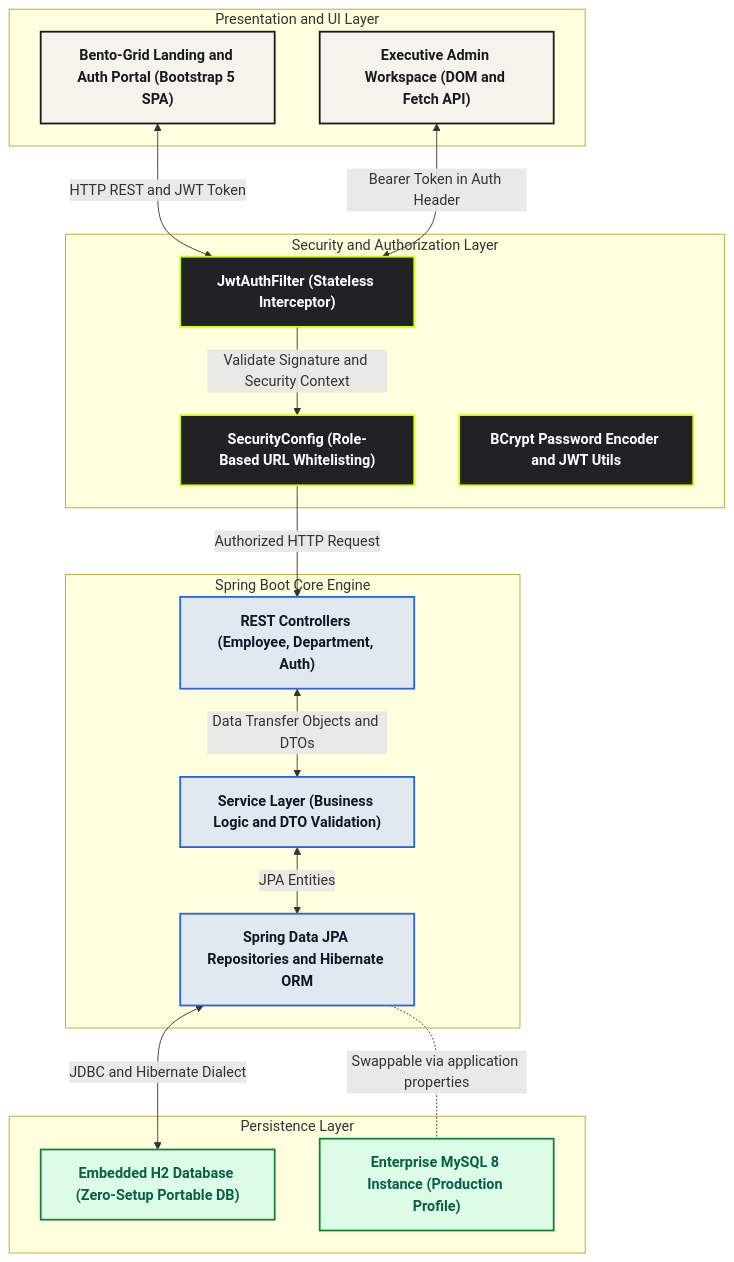
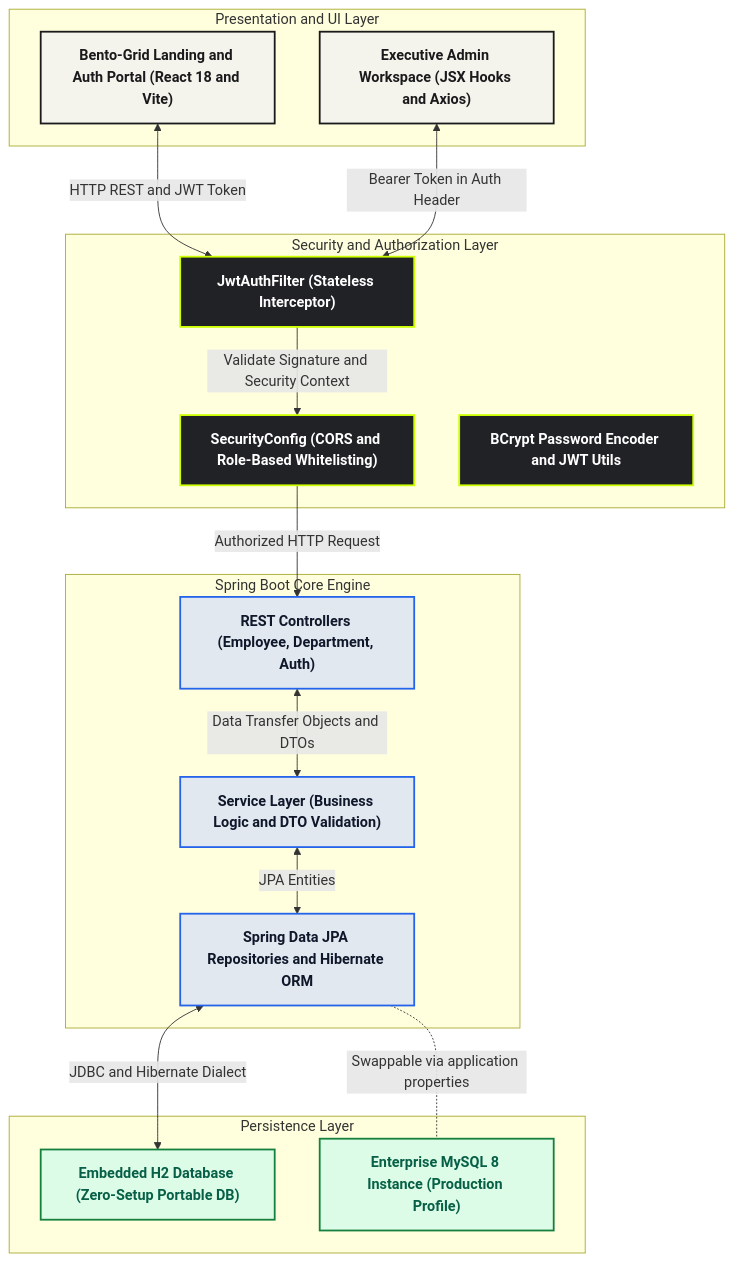
The diagram in README.md (mridulrajgaria/employee-management-system), drawn with Mermaid before and after one commit. The commit also changed other lines of this file and 32 other files, not shown here.

Commit message:
feat: migrate frontend to decoupled React 18 (Vite) modular component architecture with CORS & Spring Boot 3 integration

````diff
--- a/README.md
+++ b/README.md
@@ -35,40 +35,40 @@
 ```mermaid
 graph TD
   %% Style Definitions
   classDef frontend fill:#f4f3ec,stroke:#1a1a1c,stroke-width:2px,color:#1a1a1c,font-weight:bold;
   classDef security fill:#202226,stroke:#ccff00,stroke-width:2px,color:#ffffff,font-weight:bold;
   classDef backend fill:#e2e8f0,stroke:#2563eb,stroke-width:2px,color:#0f172a,font-weight:bold;
   classDef db fill:#dcfce7,stroke:#15803d,stroke-width:2px,color:#065f46,font-weight:bold;
 
   subgraph CLIENT_LAYER [Presentation and UI Layer]
-    A["Bento-Grid Landing and Auth Portal (Bootstrap 5 SPA)"]:::frontend
-    B["Executive Admin Workspace (DOM and Fetch API)"]:::frontend
+    A["Bento-Grid Landing and Auth Portal (React 18 and Vite)"]:::frontend
+    B["Executive Admin Workspace (JSX Hooks and Axios)"]:::frontend
   end
 
   subgraph SECURITY_LAYER [Security and Authorization Layer]
     C["JwtAuthFilter (Stateless Interceptor)"]:::security
-    D["SecurityConfig (Role-Based URL Whitelisting)"]:::security
+    D["SecurityConfig (CORS and Role-Based Whitelisting)"]:::security
     E["BCrypt Password Encoder and JWT Utils"]:::security
   end
 
   subgraph CORE_APPLICATION [Spring Boot Core Engine]
     F["REST Controllers (Employee, Department, Auth)"]:::backend
     G["Service Layer (Business Logic and DTO Validation)"]:::backend
     H["Spring Data JPA Repositories and Hibernate ORM"]:::backend
   end
 
   subgraph PERSISTENCE [Persistence Layer]
     I["Embedded H2 Database (Zero-Setup Portable DB)"]:::db
     J["Enterprise MySQL 8 Instance (Production Profile)"]:::db
   end
 
   %% Data Flow Wiring
   A <-->|HTTP REST and JWT Token| C
   B <-->|Bearer Token in Auth Header| C
   C -->|Validate Signature and Security Context| D
   D -->|Authorized HTTP Request| F
   F <-->|Data Transfer Objects and DTOs| G
   G <-->|JPA Entities| H
   H <-->|JDBC and Hibernate Dialect| I
   H -.-|Swappable via application properties| J
 ```
````
